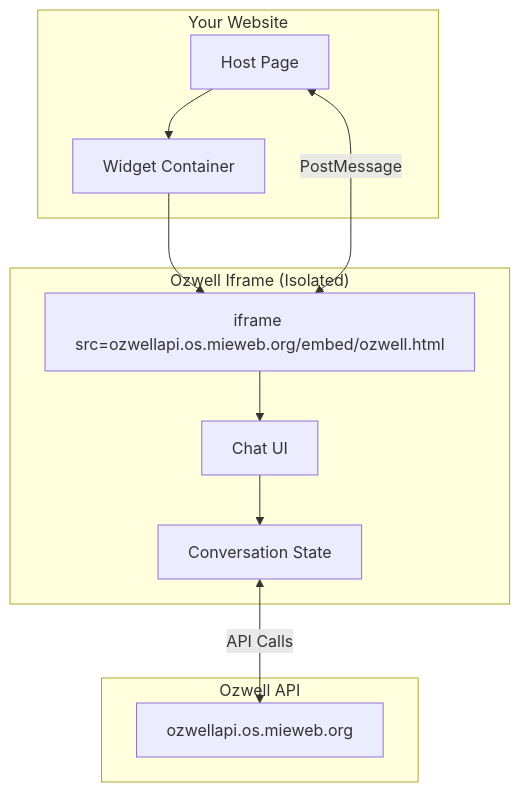
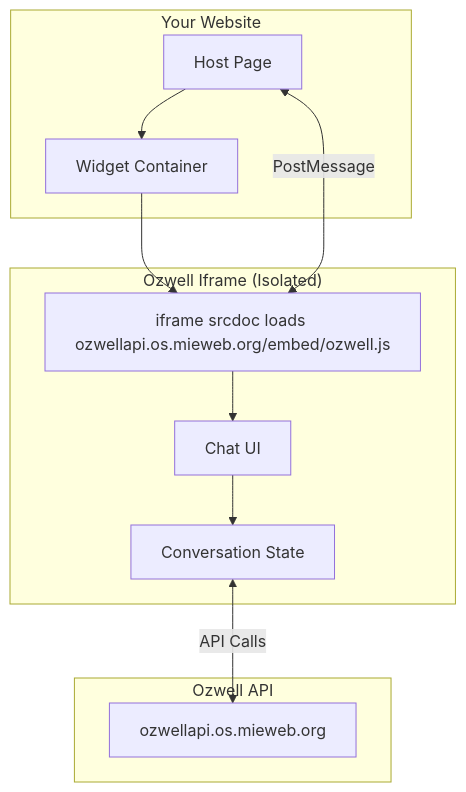
Before and after one commit to mieweb/ozwellai-api: the diagram in docs/frontend/iframe-integration.md, drawn with Mermaid. The commit also changed other lines of this file, not shown here.

Commit message:
Clarify iframe embed loader behavior

````diff
--- a/docs/frontend/iframe-integration.md
+++ b/docs/frontend/iframe-integration.md
@@ -13,24 +13,24 @@
 ```mermaid
 graph TB
     subgraph "Your Website"
         Parent[Host Page]
         Container[Widget Container]
     end
     
     subgraph "Ozwell Iframe (Isolated)"
-        Iframe[iframe src=ozwellapi.os.mieweb.org/embed/ozwell.html]
+        Iframe[iframe srcdoc loads ozwellapi.os.mieweb.org/embed/ozwell.js]
         UI[Chat UI]
         State[Conversation State]
     end
     
     subgraph "Ozwell API"
         API[ozwellapi.os.mieweb.org]
     end
     
     Parent --> Container
     Container --> Iframe
     Iframe --> UI
     UI --> State
     State <-->|API Calls| API
     Parent <-->|PostMessage| Iframe
 ```
````
